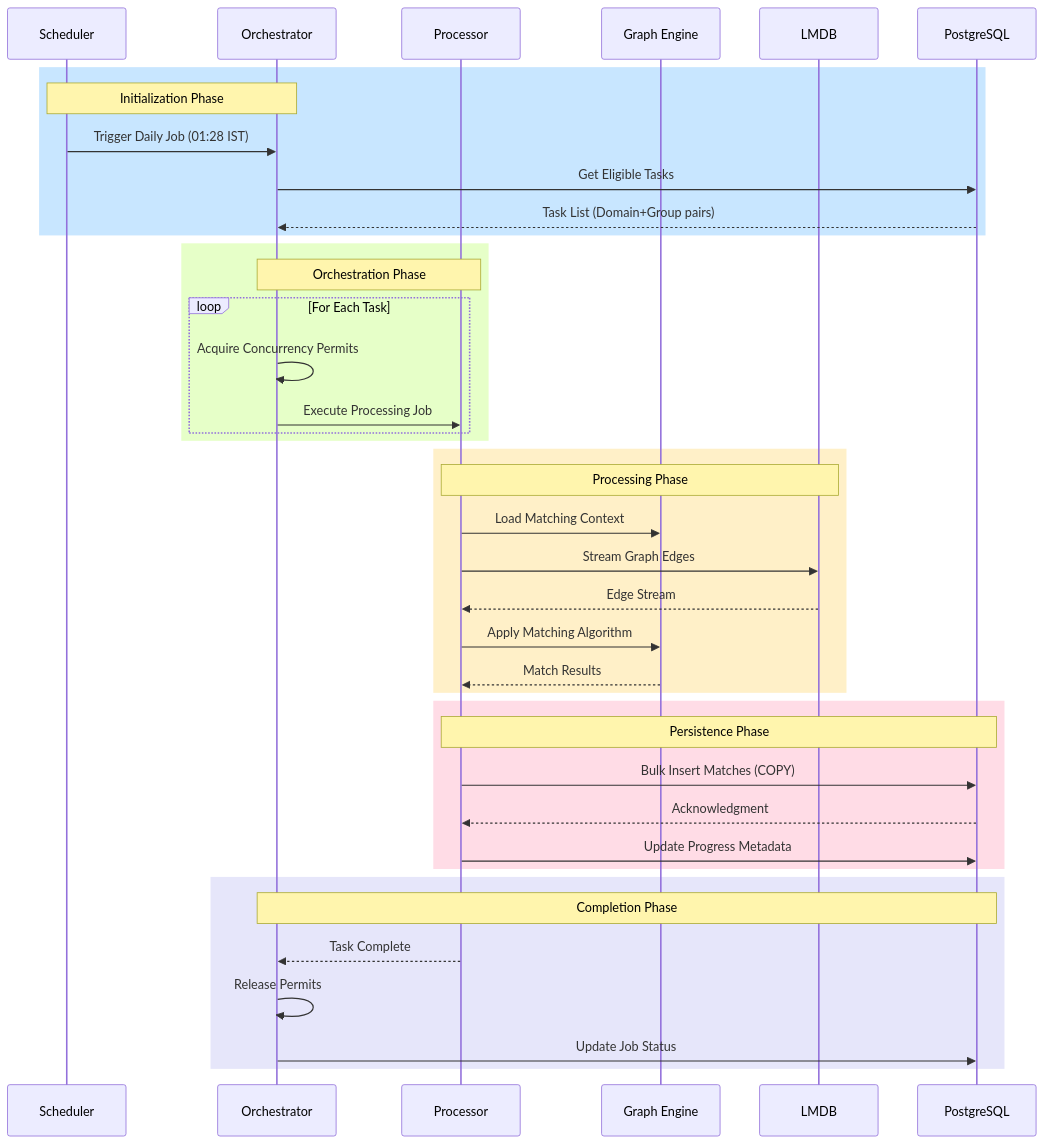
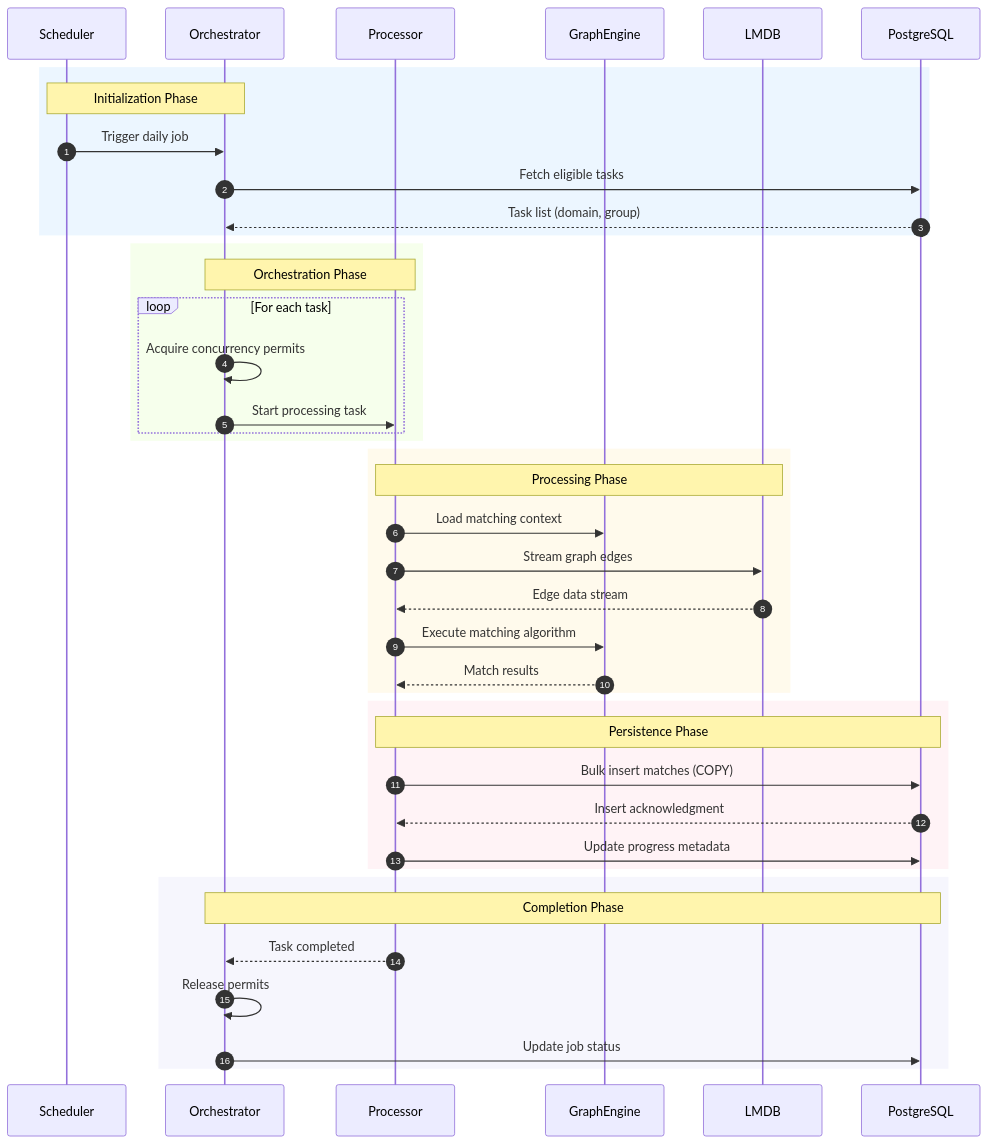
Before and after one commit to kagit00/schedule_x: the fifth of 28 diagrams in docs/High Level Designs/ScheduledPerfectMatchesCreation.md, drawn with Mermaid.

````diff
--- a/docs/High Level Designs/ScheduledPerfectMatchesCreation.md
+++ b/docs/High Level Designs/ScheduledPerfectMatchesCreation.md
@@ -234,47 +234,50 @@
 ```mermaid
 sequenceDiagram
+    autonumber
+
     participant S as Scheduler
     participant O as Orchestrator
     participant P as Processor
-    participant G as Graph Engine
+    participant G as GraphEngine
     participant L as LMDB
     participant D as PostgreSQL
-    
-    rect rgb(200, 230, 255)
+
+    rect rgba(200,230,255,0.35)
         Note over S,O: Initialization Phase
-        S->>O: Trigger Daily Job (01:28 IST)
-        O->>D: Get Eligible Tasks
-        D-->>O: Task List (Domain+Group pairs)
+        S->>O: Trigger daily job
+        O->>D: Fetch eligible tasks
+        D-->>O: Task list (domain, group)
     end
-    
-    rect rgb(230, 255, 200)
+
+    rect rgba(230,255,200,0.35)
         Note over O,P: Orchestration Phase
-        loop For Each Task
-            O->>O: Acquire Concurrency Permits
-            O->>P: Execute Processing Job
+        loop For each task
+            O->>O: Acquire concurrency permits
+            O->>P: Start processing task
         end
     end
-    
-    rect rgb(255, 240, 200)
+
+    rect rgba(255,240,200,0.35)
         Note over P,L: Processing Phase
-        P->>G: Load Matching Context
-        P->>L: Stream Graph Edges
-        L-->>P: Edge Stream
-        P->>G: Apply Matching Algorithm
-        G-->>P: Match Results
+        P->>G: Load matching context
+        P->>L: Stream graph edges
+        L-->>P: Edge data stream
+        P->>G: Execute matching algorithm
+        G-->>P: Match results
     end
-    
-    rect rgb(255, 220, 230)
+
+    rect rgba(255,220,230,0.35)
         Note over P,D: Persistence Phase
-        P->>D: Bulk Insert Matches (COPY)
-        D-->>P: Acknowledgment
-        P->>D: Update Progress Metadata
+        P->>D: Bulk insert matches (COPY)
+        D-->>P: Insert acknowledgment
+        P->>D: Update progress metadata
     end
-    
-    rect rgb(230, 230, 250)
+
+    rect rgba(230,230,250,0.35)
         Note over O,D: Completion Phase
-        P-->>O: Task Complete
-        O->>O: Release Permits
-        O->>D: Update Job Status
+        P-->>O: Task completed
+        O->>O: Release permits
+        O->>D: Update job status
     end
+
 ```
````
